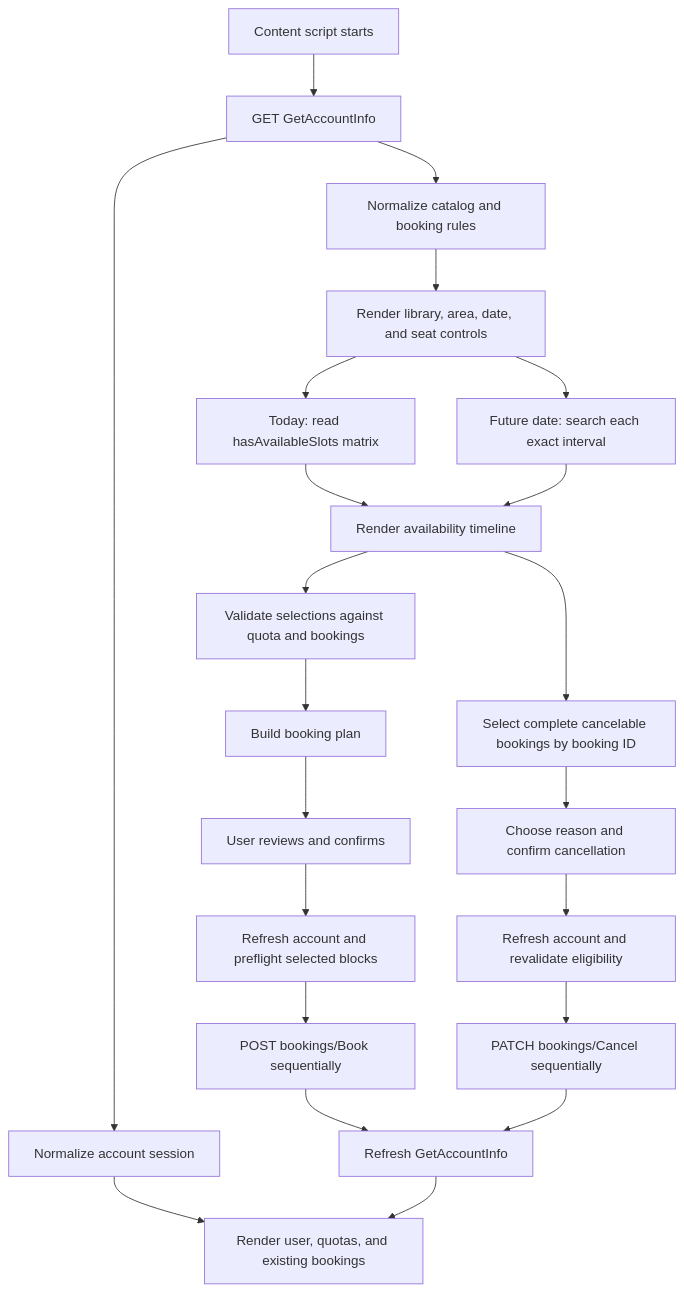
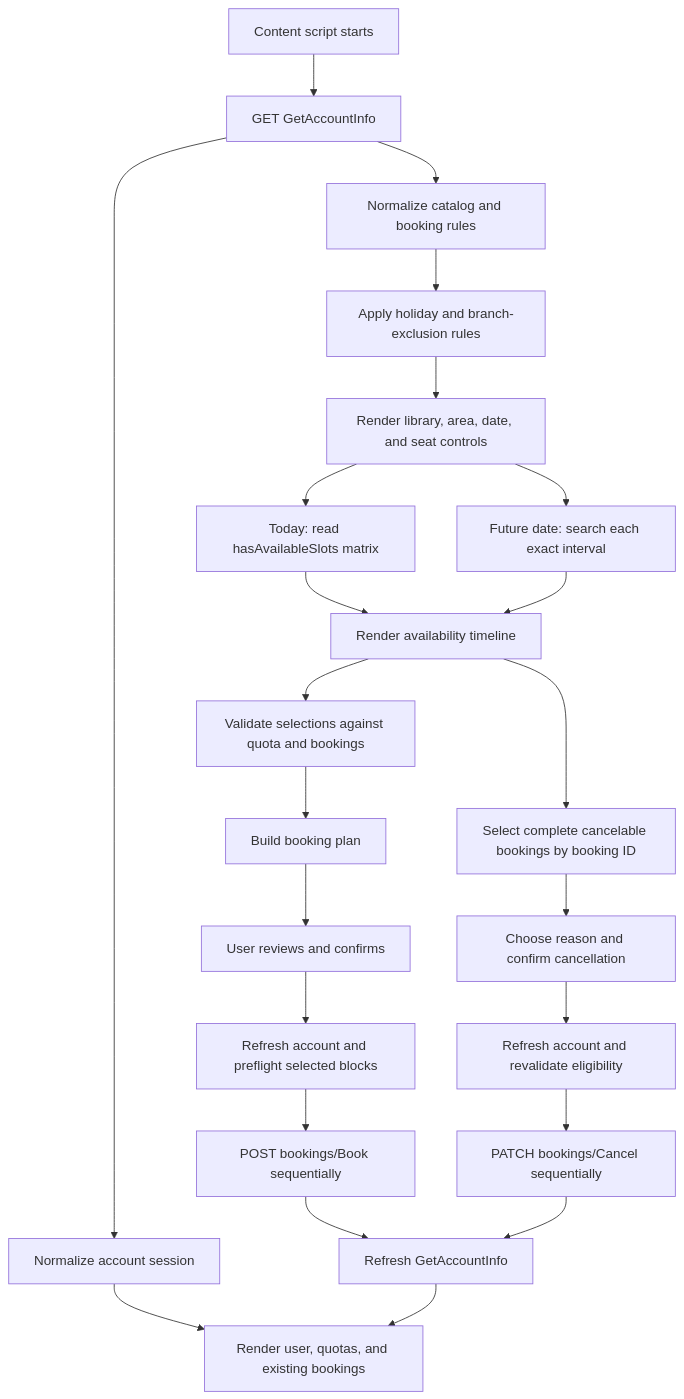
The diagram in docs/extension-architecture.md (teamcmcbot/nlb-seat-booking-extension), drawn with Mermaid before and after one commit. The commit also changed other lines of this file and 16 other files, not shown here.

````diff
--- a/docs/extension-architecture.md
+++ b/docs/extension-architecture.md
@@ -70,24 +70,25 @@
 ```mermaid
 flowchart TD
     A["Content script starts"] --> B["GET GetAccountInfo"]
     B --> C["Normalize account session"]
     B --> D["Normalize catalog and booking rules"]
     C --> E["Render user, quotas, and existing bookings"]
-    D --> F["Render library, area, date, and seat controls"]
+    D --> V["Apply holiday and branch-exclusion rules"]
+    V --> F["Render library, area, date, and seat controls"]
     F --> G["Today: read hasAvailableSlots matrix"]
     F --> Q["Future date: search each exact interval"]
     G --> H["Render availability timeline"]
     Q --> H
     H --> I["Validate selections against quota and bookings"]
     I --> M["Build booking plan"]
     H --> R["Select complete cancelable bookings by booking ID"]
     M --> N["User reviews and confirms"]
     R --> S["Choose reason and confirm cancellation"]
     N --> J["Refresh account and preflight selected blocks"]
     S --> T["Refresh account and revalidate eligibility"]
     J --> O["POST bookings/Book sequentially"]
     T --> U["PATCH bookings/Cancel sequentially"]
     O --> P["Refresh GetAccountInfo"]
     U --> P
     P --> E
 ```
````
